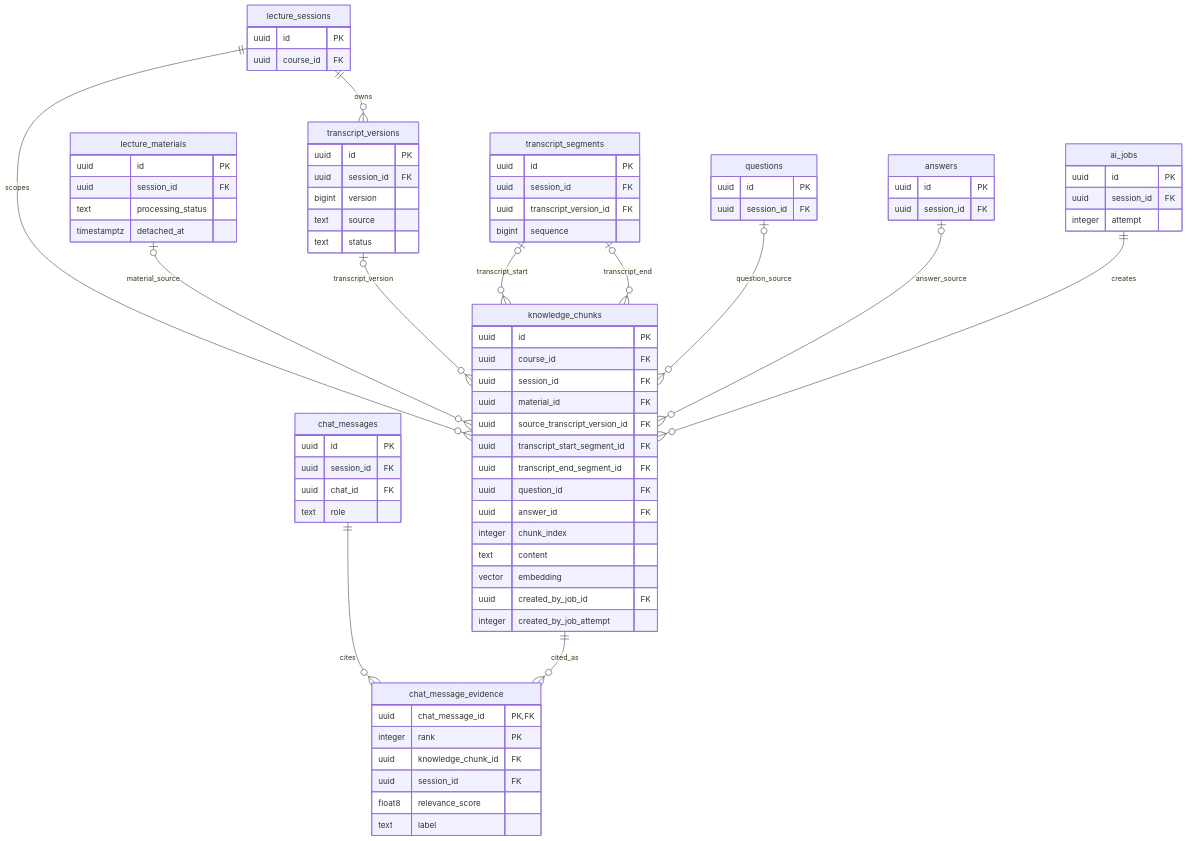
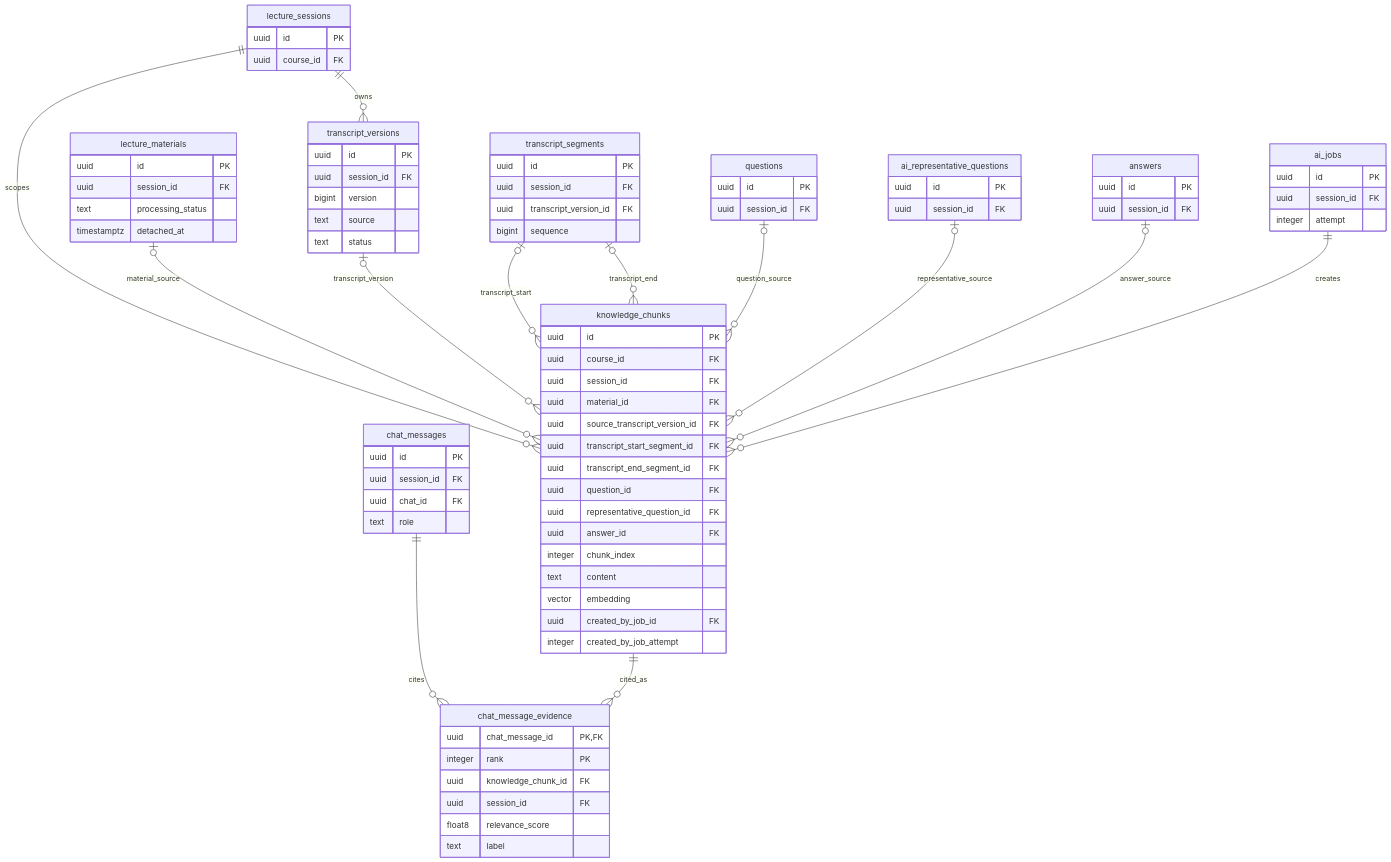
Before and after one commit to madcamp-official/26s-w2-c2-08: the fifth of 5 diagrams in docs/database/ERD.md, drawn with Mermaid. The commit also changed other lines of this file and 1 other file, not shown here.

```diff
--- a/docs/database/ERD.md
+++ b/docs/database/ERD.md
@@ -581,6 +711,11 @@
         uuid session_id FK
     }
 
+    aiRepresentativeQuestions["ai_representative_questions"] {
+        uuid id PK
+        uuid session_id FK
+    }
+
     answers["answers"] {
         uuid id PK
         uuid session_id FK
@@ -601,6 +736,7 @@
         uuid transcript_start_segment_id FK
         uuid transcript_end_segment_id FK
         uuid question_id FK
+        uuid representative_question_id FK
         uuid answer_id FK
         integer chunk_index
         text content
@@ -632,6 +768,7 @@
     transcriptSegments o|--o{ knowledgeChunks : transcript_start
     transcriptSegments o|--o{ knowledgeChunks : transcript_end
     questions o|--o{ knowledgeChunks : question_source
+    aiRepresentativeQuestions o|--o{ knowledgeChunks : representative_source
     answers o|--o{ knowledgeChunks : answer_source
     aiJobs ||--o{ knowledgeChunks : creates
     chatMessages ||--o{ chatMessageEvidence : cites
```
